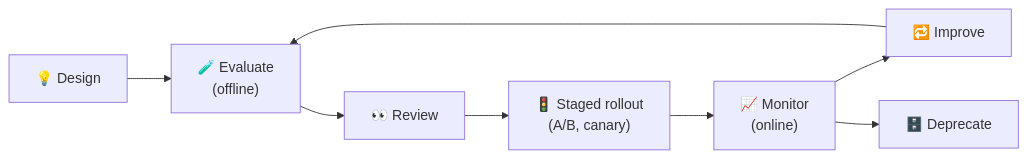
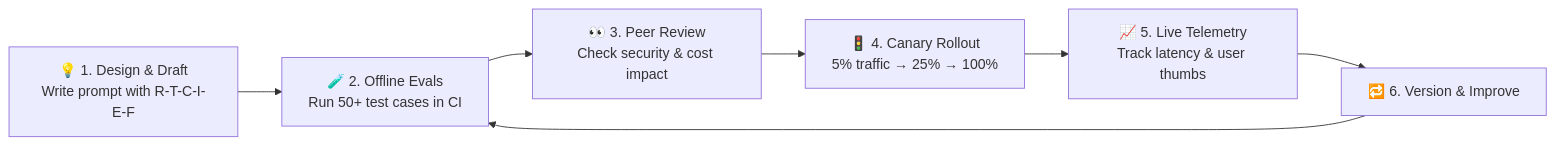
One commit to ABVicky/Prompt-Engineering-by-Vicky changed the first of 2 diagrams in modules/15-production-promptops.md. Above: the diagram before and after it, drawn with Mermaid. The commit also changed other lines of this file and 19 other files, not shown here.

````diff
--- a/modules/15-production-promptops.md
+++ b/modules/15-production-promptops.md
@@ -17,5 +34,9 @@
 ```mermaid
 flowchart LR
-    A["💡 Design"] --> B["🧪 Evaluate<br/>(offline)"] --> C["👀 Review"] --> D["🚦 Staged rollout<br/>(A/B, canary)"] --> E["📈 Monitor<br/>(online)"] --> F["🔁 Improve"] --> B
-    E --> G["🗄️ Deprecate"]
+    Design["💡 1. Design & Draft<br/>Write prompt with R-T-C-I-E-F"] --> Eval["🧪 2. Offline Evals<br/>Run 50+ test cases in CI"]
+    Eval --> Review["👀 3. Peer Review<br/>Check security & cost impact"]
+    Review --> Canary["🚦 4. Canary Rollout<br/>5% traffic → 25% → 100%"]
+    Canary --> Monitor["📈 5. Live Telemetry<br/>Track latency & user thumbs"]
+    Monitor --> Iterate["🔁 6. Version & Improve"]
+    Iterate --> Eval
 ```
````
